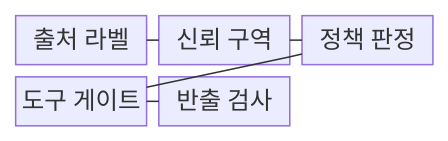
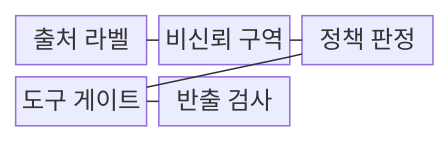
The first of 2 diagrams in src/content/docs/notes/08-latest-tech/117_indirect_prompt_injection.md (agnusdei1207/knowledge-base), drawn with Mermaid before and after one commit. The commit also changed other lines of this file and 9 other files, not shown here.

````diff
--- a/src/content/docs/notes/08-latest-tech/117_indirect_prompt_injection.md
+++ b/src/content/docs/notes/08-latest-tech/117_indirect_prompt_injection.md
@@ -66,13 +68,13 @@
 ```mermaid
 block-beta
   columns 3
   A["출처 라벨"]
-  B["신뢰 구역"]
+  B["비신뢰 구역"]
   C["정책 판정"]
   D["도구 게이트"]
   E["반출 검사"]
   A --- B
   B --- C
   C --- D
   D --- E
 ```
````
